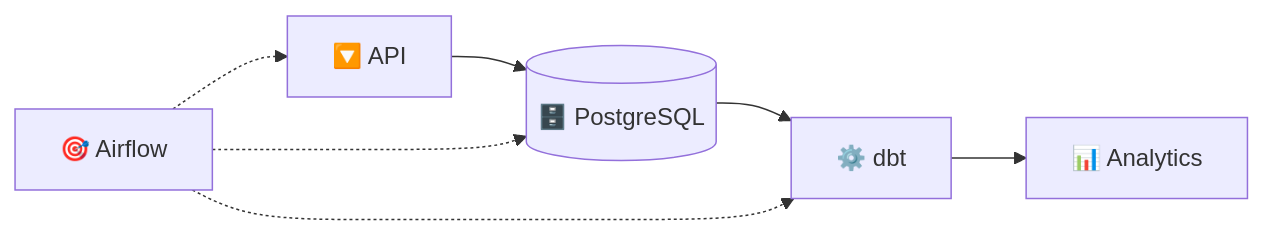
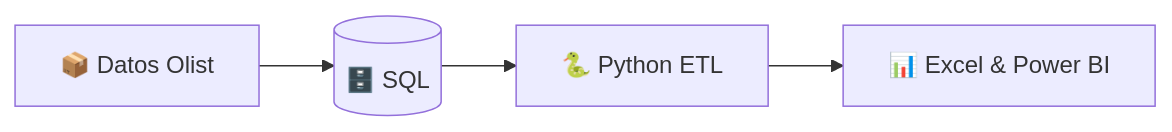
The diagram in README.md (JuanYanaya88/JuanYanaya88), drawn with Mermaid before and after one commit. The commit also changed other lines of this file, not shown here.

Commit message:
Update profile README: focus on Data Analytics intern role and feature Olist project

````diff
--- a/README.md
+++ b/README.md
@@ -42,5 +49,4 @@
 ```mermaid
 flowchart LR
-    A[🔽 API] --> B[(🗄️ PostgreSQL)] --> C[⚙️ dbt] --> D[📊 Analytics]
-    E[🎯 Airflow] -.-> A & B & C
+    A[📦 Datos Olist] --> B[(🗄️ SQL)] --> C[🐍 Python ETL] --> D[📊 Excel & Power BI]
 ```
````
